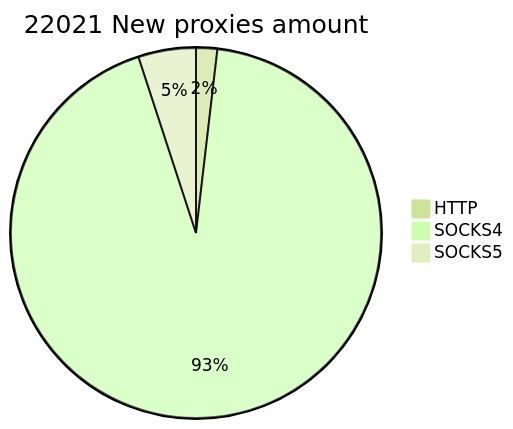
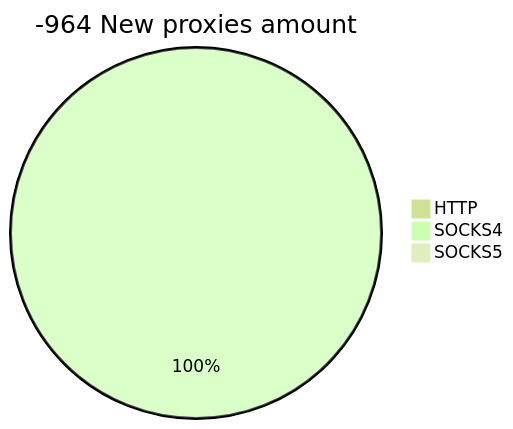
The second of 2 diagrams in README.md (cutipu/proxylist), drawn with Mermaid (forest theme) before and after one commit. The commit also changed other lines of this file, not shown here.

````diff
--- a/README.md
+++ b/README.md
@@ -10,6 +10,6 @@
 ```mermaid
-pie title 22021 New proxies amount
-    "HTTP" : 407
-    "SOCKS4" : 20507
-    "SOCKS5" : 1107
+pie title -964 New proxies amount
+    "HTTP" : 0
+    "SOCKS4" : 1
+    "SOCKS5" : 0
 ```
````
